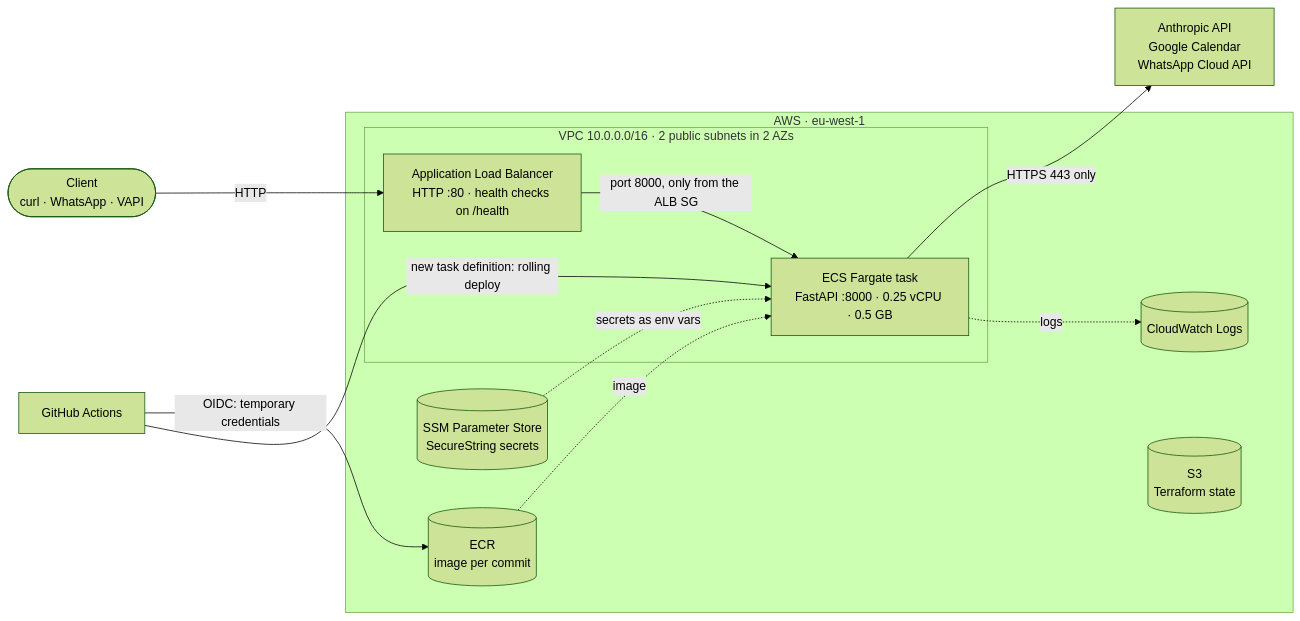
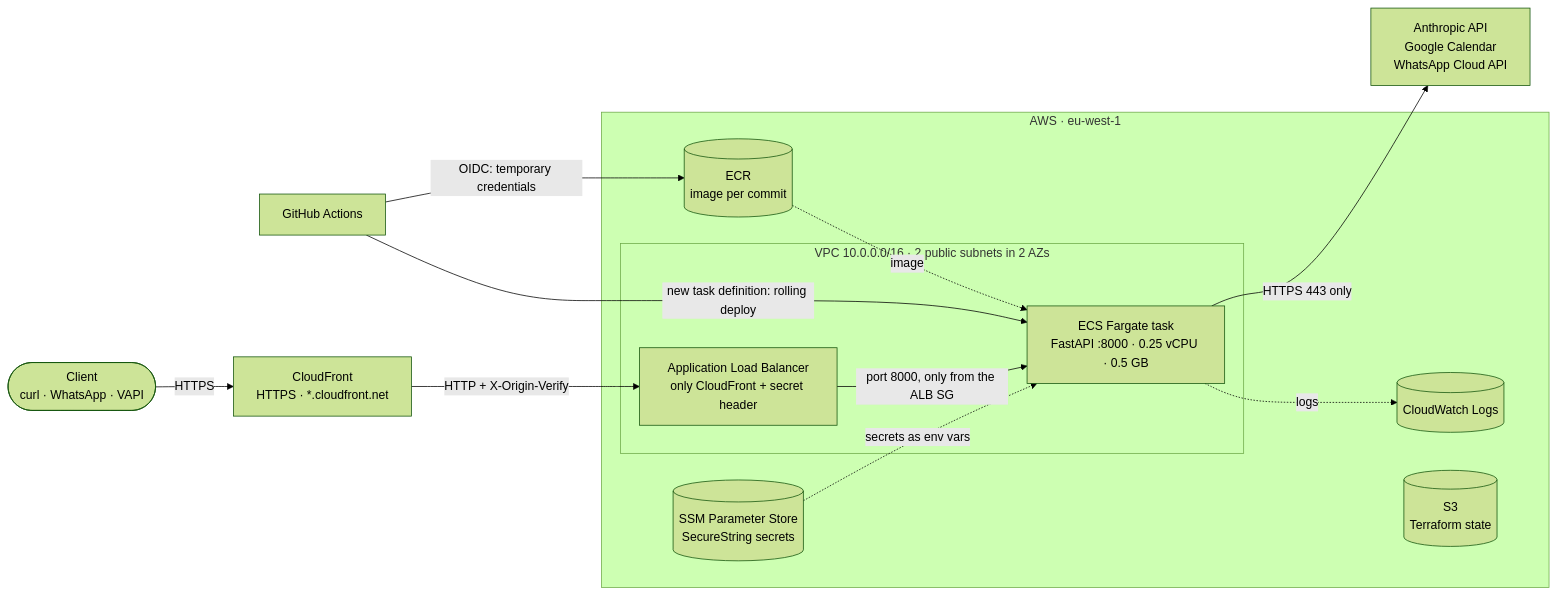
One commit to ericvelascog/booking-bot-aws changed the diagram in README.md. Above: the diagram before and after it, drawn with Mermaid (forest theme). The commit also changed other lines of this file and 18 other files, not shown here.

First line of the commit message:
Serve the app over HTTPS through a permanent CloudFront edge

````diff
--- a/README.md
+++ b/README.md
@@ -12,26 +14,29 @@
 ```mermaid
 flowchart LR
     client(["Client<br/>curl · WhatsApp · VAPI"])
     ext["Anthropic API<br/>Google Calendar<br/>WhatsApp Cloud API"]
     gh["GitHub Actions"]
 
+    cf["CloudFront<br/>HTTPS · *.cloudfront.net"]
+
     subgraph aws["AWS · eu-west-1"]
         subgraph vpc["VPC 10.0.0.0/16 · 2 public subnets in 2 AZs"]
-            alb["Application Load Balancer<br/>HTTP :80 · health checks on /health"]
+            alb["Application Load Balancer<br/>only CloudFront + secret header"]
             task["ECS Fargate task<br/>FastAPI :8000 · 0.25 vCPU · 0.5 GB"]
         end
         ecr[("ECR<br/>image per commit")]
         ssm[("SSM Parameter Store<br/>SecureString secrets")]
         cw[("CloudWatch Logs")]
         s3[("S3<br/>Terraform state")]
     end
 
-    client -->|HTTP| alb
+    client -->|HTTPS| cf
+    cf -->|"HTTP + X-Origin-Verify"| alb
     alb -->|"port 8000, only from the ALB SG"| task
     task -->|"HTTPS 443 only"| ext
     ecr -.->|image| task
     ssm -.->|"secrets as env vars"| task
     task -.->|logs| cw
     gh -->|"OIDC: temporary credentials"| ecr
     gh -->|"new task definition: rolling deploy"| task
 ```
````
